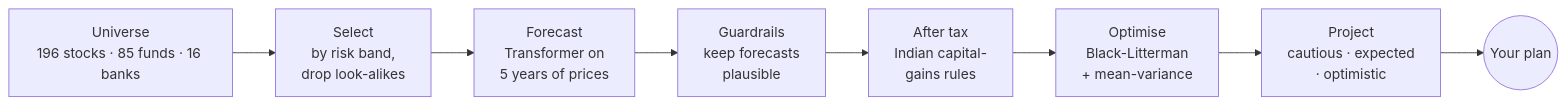
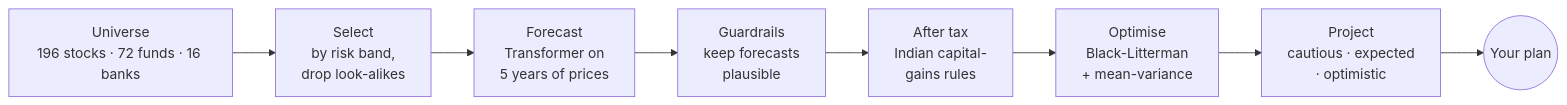
Before and after one commit to Kartikeya-Ambare/Prudentia: the first of 3 diagrams in README.md, drawn with Mermaid. The commit also changed other lines of this file and 15 other files, not shown here.

````diff
--- a/README.md
+++ b/README.md
@@ -65,10 +65,10 @@
 ```mermaid
 flowchart LR
-    A[Universe<br/>196 stocks · 85 funds · 16 banks] --> B[Select<br/>by risk band,<br/>drop look-alikes]
+    A[Universe<br/>196 stocks · 72 funds · 16 banks] --> B[Select<br/>by risk band,<br/>drop look-alikes]
     B --> C[Forecast<br/>Transformer on<br/>5 years of prices]
     C --> D[Guardrails<br/>keep forecasts<br/>plausible]
     D --> E[After tax<br/>Indian capital-<br/>gains rules]
     E --> F[Optimise<br/>Black-Litterman<br/>+ mean-variance]
     F --> G[Project<br/>cautious · expected<br/>· optimistic]
     G --> H((Your plan))
 ```
````
